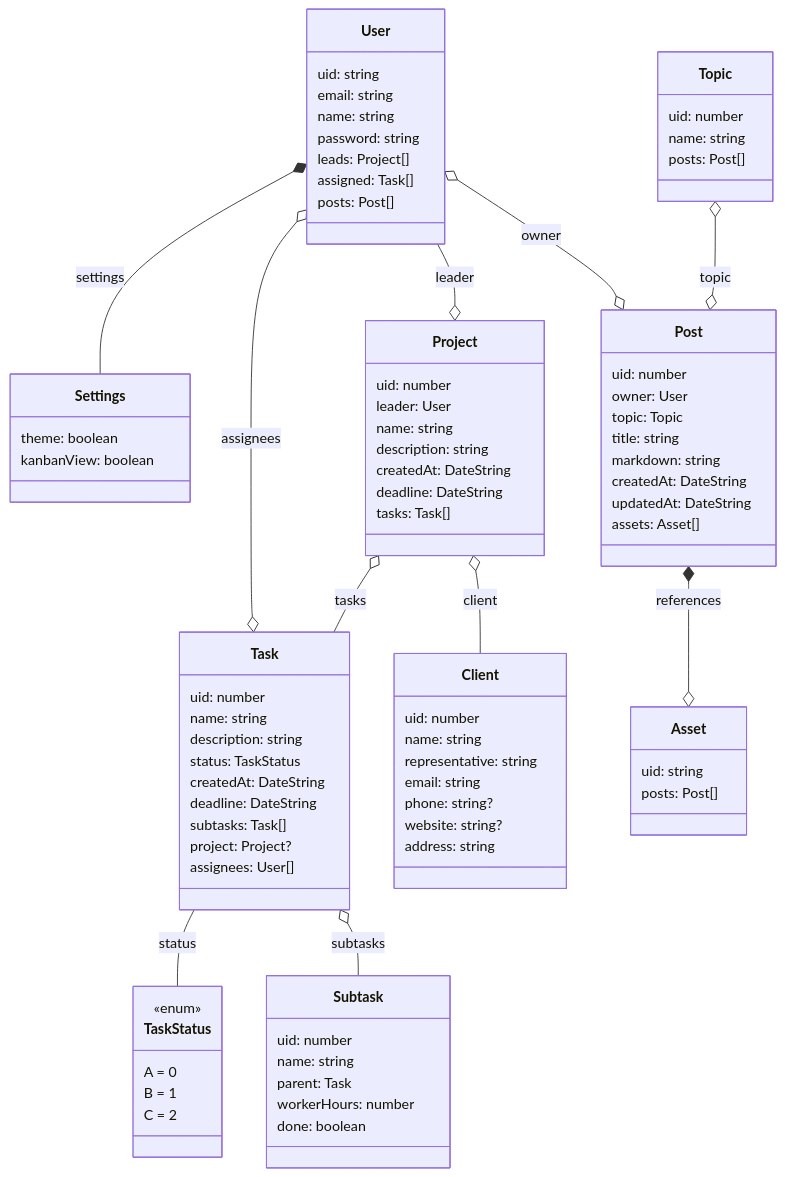
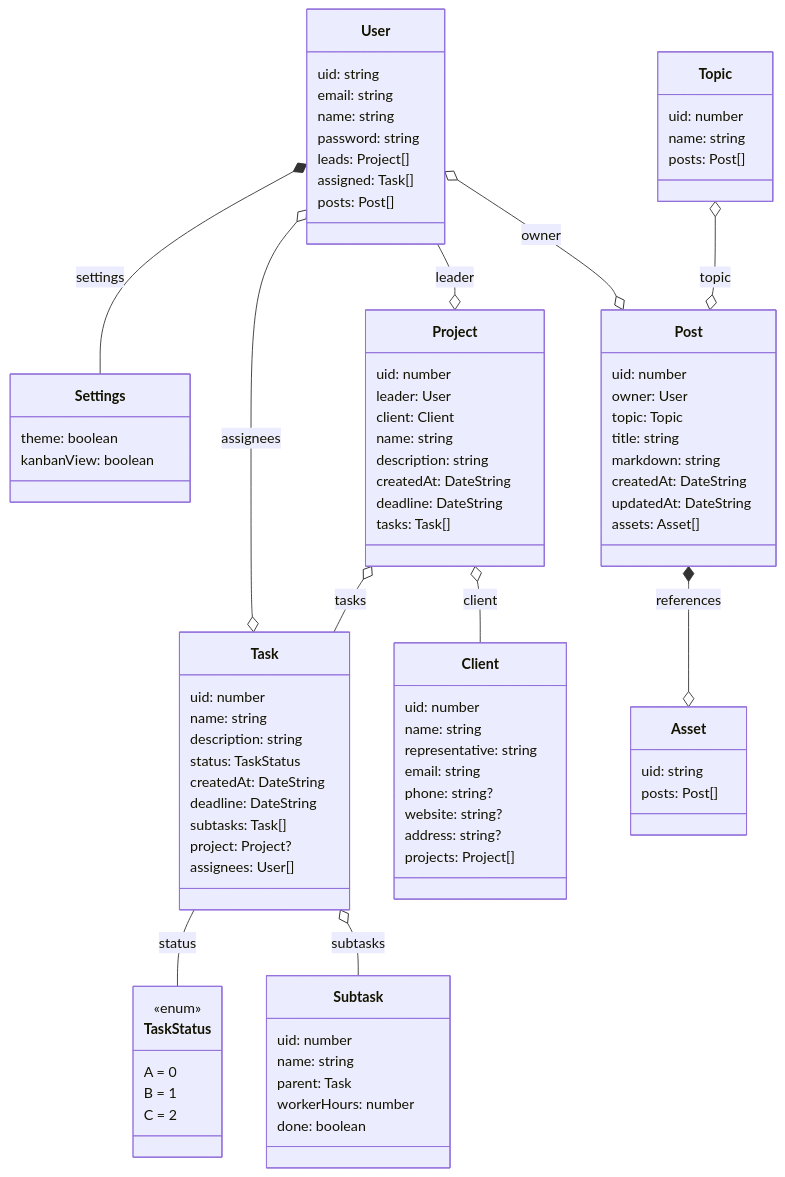
The diagram in design/schema.md (lborocs/22cob290-part2-team-07), drawn with Mermaid before and after one commit. The commit also changed 1 other file, not shown here.

Commit message:
added missing client relation to project

```diff
--- a/design/schema.md
+++ b/design/schema.md
@@ -53,6 +53,7 @@
 class Project {
 	uid: number
 	leader: User
+	client: Client
 	name: string
 	description: string
 	createdAt: DateString
@@ -67,7 +68,8 @@
 	email: string
 	phone: string?
 	website: string?
-	address: string
+	address: string?
+	projects: Project[]
 }
 
 class Topic {
```
